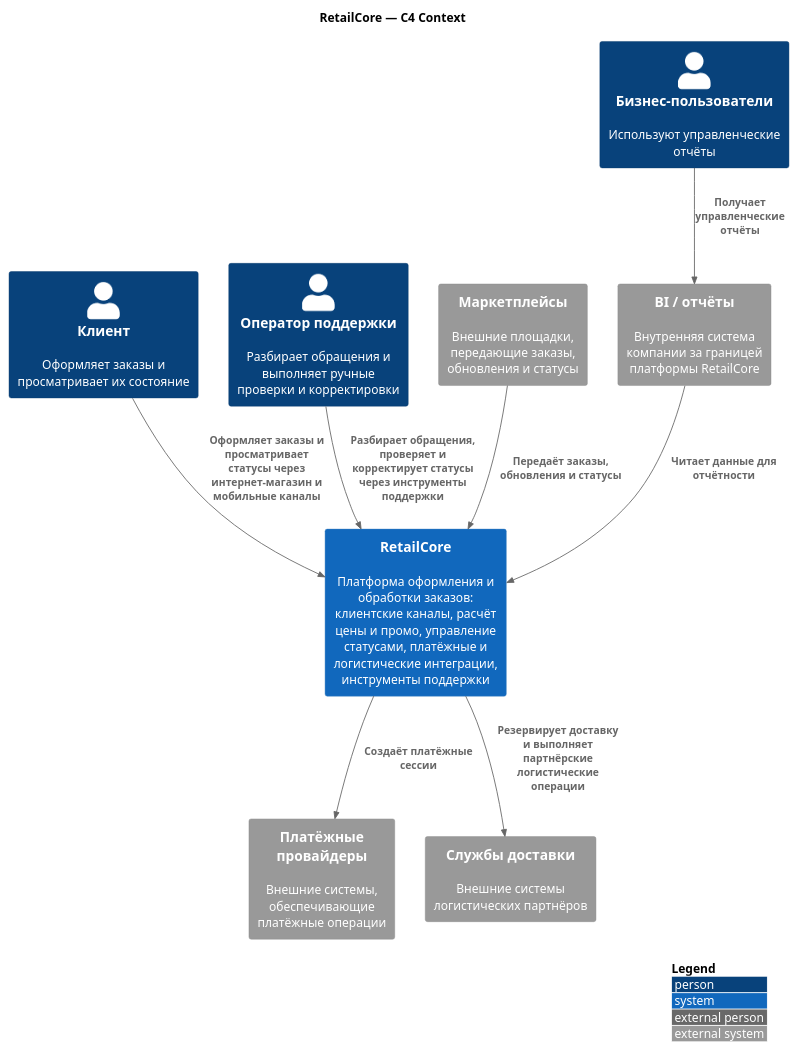
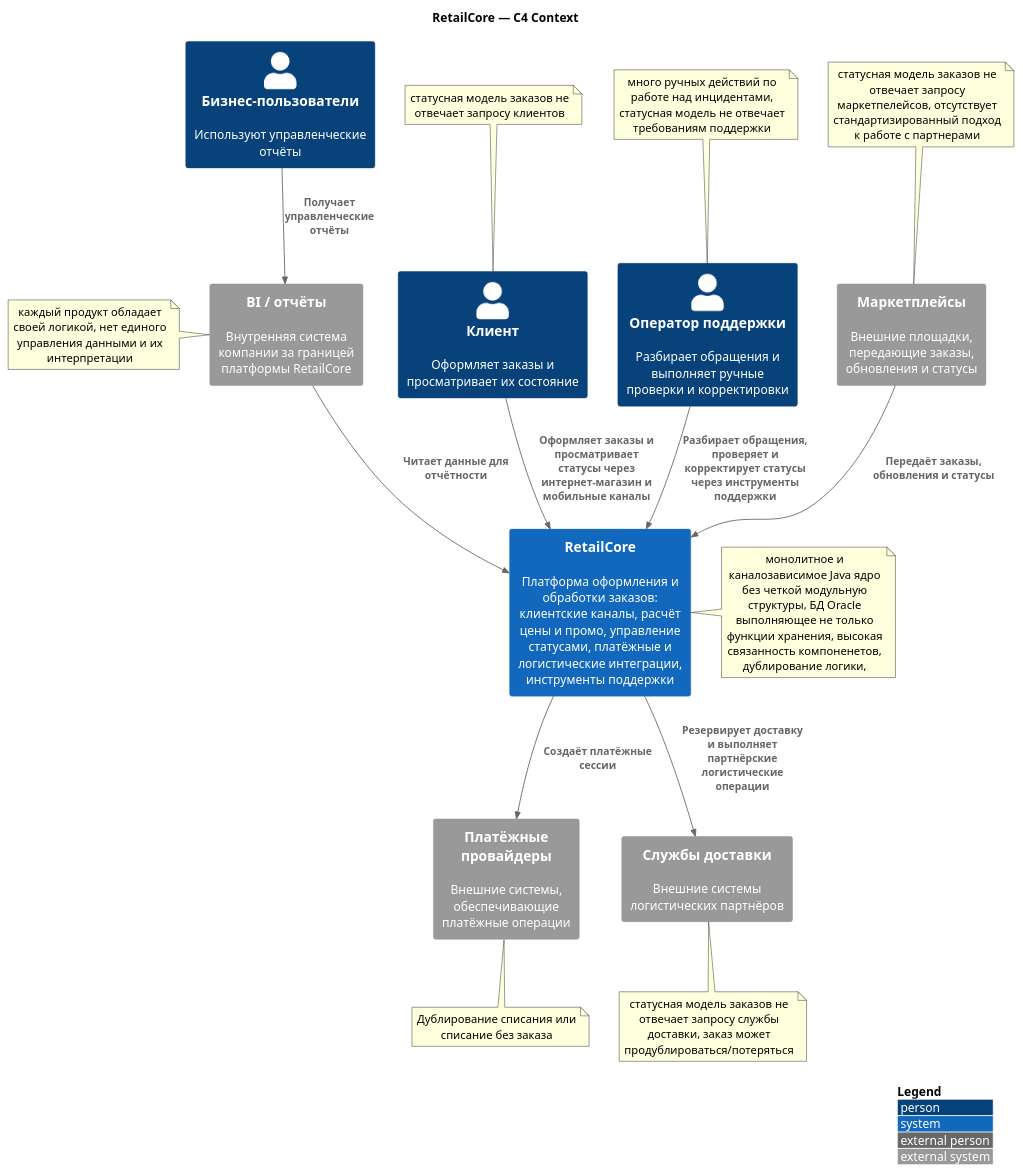
The diagram in Task2/as-is.puml (tribomzha/RetailCore), drawn with PlantUML before and after one commit.

Commit message:
добавил в схему

```diff
--- a/Task2/as-is.puml
+++ b/Task2/as-is.puml
@@ -1,30 +1,58 @@
 @startuml RetailCore_Context
 
 !include https://raw.githubusercontent.com/plantuml-stdlib/C4-PlantUML/master/C4_Context.puml
 
 LAYOUT_WITH_LEGEND()
 
-title RetailCore — C4 Context 
+title RetailCore — C4 Context
 
 Person(customer, "Клиент", "Оформляет заказы и просматривает их состояние")
 Person(support, "Оператор поддержки", "Разбирает обращения и выполняет ручные проверки и корректировки")
 
 System(retailCore, "RetailCore", "Платформа оформления и обработки заказов: клиентские каналы, расчёт цены и промо, управление статусами, платёжные и логистические интеграции, инструменты поддержки")
 
 System_Ext(marketplaces, "Маркетплейсы", "Внешние площадки, передающие заказы, обновления и статусы")
 System_Ext(paymentProviders, "Платёжные провайдеры", "Внешние системы, обеспечивающие платёжные операции")
 System_Ext(deliveryPartners, "Службы доставки", "Внешние системы логистических партнёров")
 System_Ext(bi, "BI / отчёты", "Внутренняя система компании за границей платформы RetailCore")
 
 Person(businessUsers, "Бизнес-пользователи", "Используют управленческие отчёты")
 
 Rel(customer, retailCore, "Оформляет заказы и просматривает статусы через интернет-магазин и мобильные каналы")
 Rel(support, retailCore, "Разбирает обращения, проверяет и корректирует статусы через инструменты поддержки")
 Rel(marketplaces, retailCore, "Передаёт заказы, обновления и статусы")
 Rel(retailCore, paymentProviders, "Создаёт платёжные сессии")
 Rel(retailCore, deliveryPartners, "Резервирует доставку и выполняет партнёрские логистические операции")
 Rel(bi, retailCore, "Читает данные для отчётности")
 
 Rel(businessUsers, bi, "Получает управленческие отчёты")
 
+note right of retailCore
+монолитное и каналозависимое Java ядро без четкой модульную структуры, БД Oracle выполняющее не только функции хранения, высокая связанность компоненетов, дублирование логики,
+end note
+
+note top of support
+много ручных действий по работе над инцидентами, статусная модель не отвечает требованиям поддержки
+end note
+
+note top of customer
+статусная модель заказов не отвечает запросу клиентов
+end note
+
+note top of marketplaces
+статусная модель заказов не отвечает запросу маркетпелейсов, отсутствует стандартизированный подход к работе с партнерами
+end note
+
+note left of bi
+каждый продукт обладает своей логикой, нет единого управления данными и их интерпретации
+end note
+
+note bottom of deliveryPartners
+статусная модель заказов не отвечает запросу службы доставки, заказ может продублироваться/потеряться
+end note
+
+note bottom of paymentProviders
+Дублирование списания или списание без заказа
+end note
+
 @enduml
```
